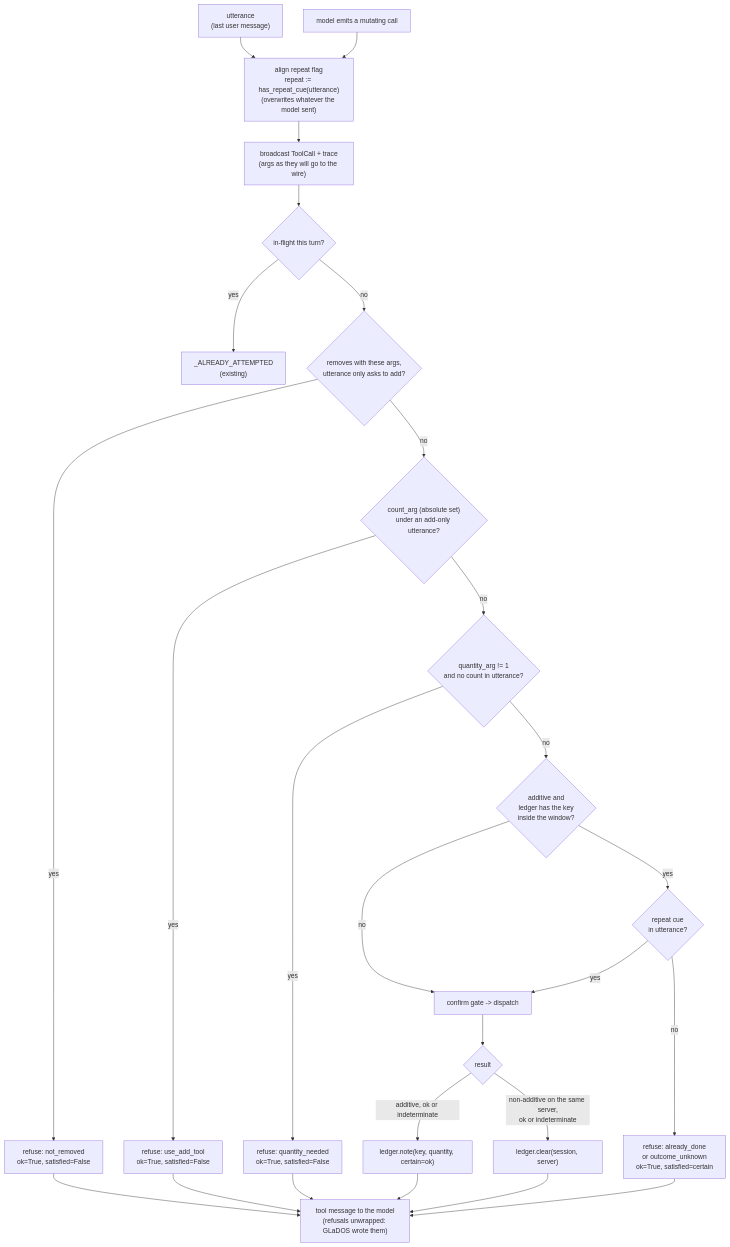
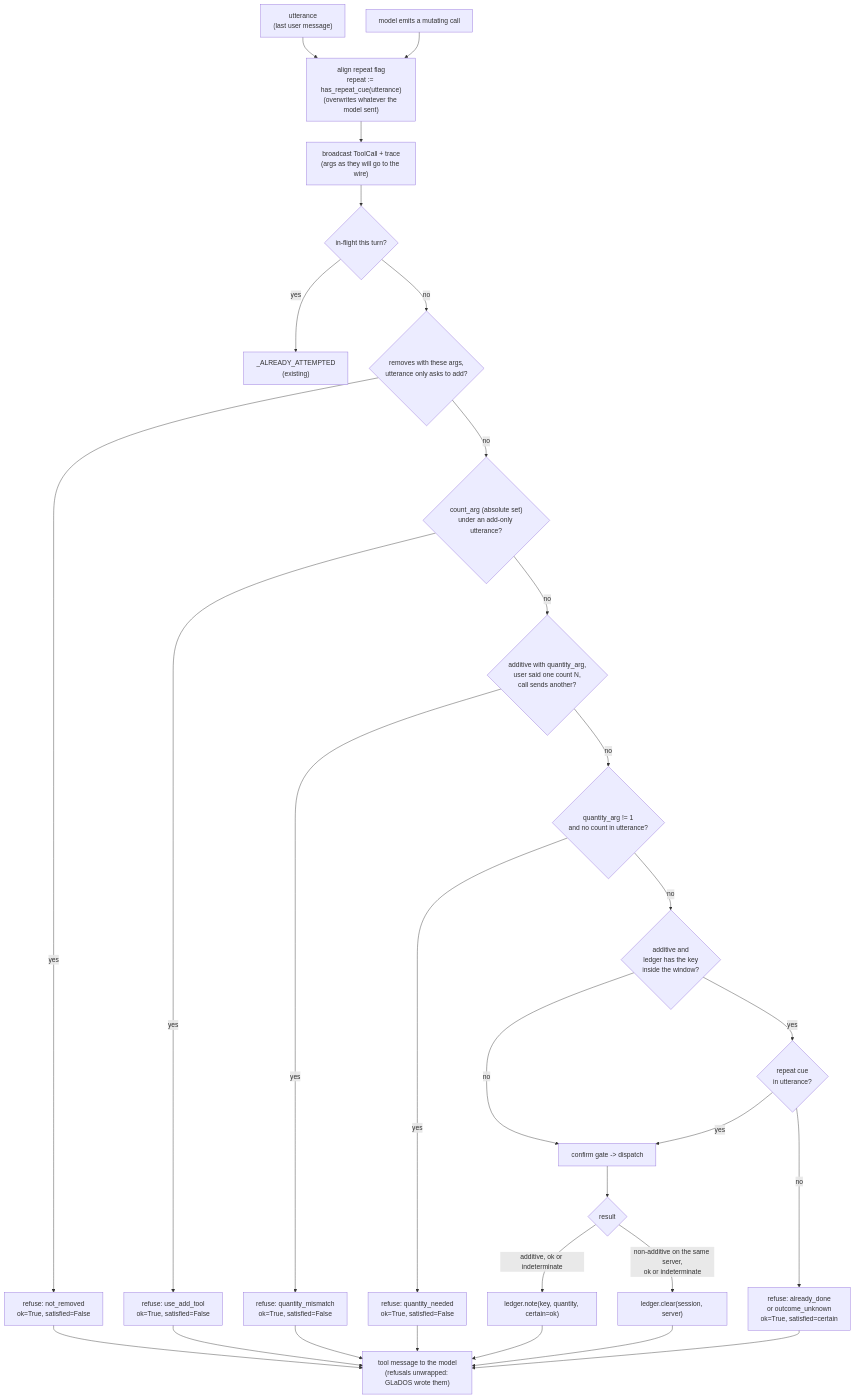
One commit to Qcko/Glados changed the diagram in DESIGN-write-guards.md. Above: the diagram before and after it, drawn with Mermaid. The commit also changed other lines of this file and 4 other files, not shown here.

First line of the commit message:
feat(guards): a count the user said must reach the add

````diff
--- a/DESIGN-write-guards.md
+++ b/DESIGN-write-guards.md
@@ -27,30 +28,33 @@
 ```mermaid
 flowchart TD
     U["utterance<br/>(last user message)"] --> A
     M["model emits a mutating call"] --> A
     A["align repeat flag<br/>repeat := has_repeat_cue(utterance)<br/>(overwrites whatever the model sent)"]
     A --> B["broadcast ToolCall + trace<br/>(args as they will go to the wire)"]
     B --> IF{"in-flight this turn?"}
     IF -- yes --> R0["_ALREADY_ATTEMPTED<br/>(existing)"]
     IF -- no --> G3{"removes with these args,<br/>utterance only asks to add?"}
     G3 -- yes --> R3["refuse: not_removed<br/>ok=True, satisfied=False"]
     G3 -- no --> G4{"count_arg (absolute set)<br/>under an add-only utterance?"}
     G4 -- yes --> R4["refuse: use_add_tool<br/>ok=True, satisfied=False"]
-    G4 -- no --> G1{"quantity_arg != 1<br/>and no count in utterance?"}
+    G4 -- no --> G5{"additive with quantity_arg,<br/>user said one count N,<br/>call sends another?"}
+    G5 -- yes --> R5["refuse: quantity_mismatch<br/>ok=True, satisfied=False"]
+    G5 -- no --> G1{"quantity_arg != 1<br/>and no count in utterance?"}
     G1 -- yes --> R1["refuse: quantity_needed<br/>ok=True, satisfied=False"]
     G1 -- no --> G2{"additive and<br/>ledger has the key<br/>inside the window?"}
     G2 -- no --> C["confirm gate -> dispatch"]
     G2 -- yes --> RC{"repeat cue<br/>in utterance?"}
     RC -- yes --> C
     RC -- no --> R2["refuse: already_done<br/>or outcome_unknown<br/>ok=True, satisfied=certain"]
     C --> O{"result"}
     O -- "additive, ok or indeterminate" --> L["ledger.note(key, quantity, certain=ok)"]
     O -- "non-additive on the same server,<br/>ok or indeterminate" --> X["ledger.clear(session, server)"]
     R1 --> T
     R2 --> T
     R3 --> T
     R4 --> T
+    R5 --> T
     L --> T
     X --> T
     T["tool message to the model<br/>(refusals unwrapped: GLaDOS wrote them)"]
 ```
````
